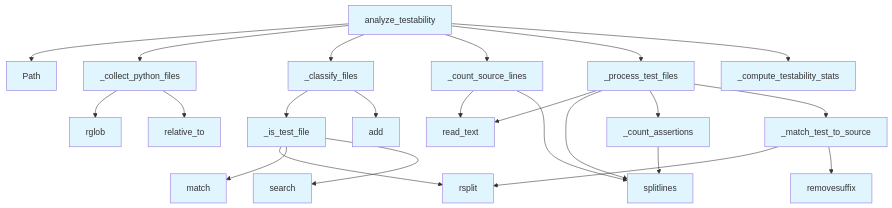
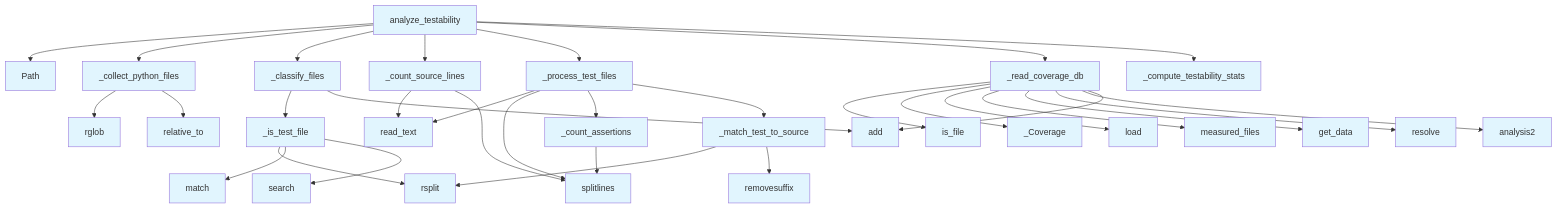
The diagram in .deepwiki/files/src/local_deepwiki/generators/analysis/testability.md (UrbanDiver/local-deepwiki-mcp), drawn with Mermaid before and after one commit. The commit also changed other lines of this file and 225 other files, not shown here.

````diff
--- a/.deepwiki/files/src/local_deepwiki/generators/analysis/testability.md
+++ b/.deepwiki/files/src/local_deepwiki/generators/analysis/testability.md
@@ -158,46 +194,63 @@
 ```mermaid
 flowchart TD
     N0[Path]
-    N1[_classify_files]
-    N2[_collect_python_files]
-    N3[_compute_testability_stats]
-    N4[_count_assertions]
-    N5[_count_source_lines]
-    N6[_is_test_file]
-    N7[_match_test_to_source]
-    N8[_process_test_files]
-    N9[add]
-    N10[analyze_testability]
-    N11[match]
-    N12[read_text]
-    N13[relative_to]
-    N14[removesuffix]
-    N15[rglob]
-    N16[rsplit]
-    N17[search]
-    N18[splitlines]
-    N6 --> N16
-    N6 --> N11
-    N6 --> N17
-    N7 --> N16
-    N7 --> N14
-    N4 --> N18
-    N2 --> N15
-    N2 --> N13
-    N1 --> N6
-    N1 --> N9
-    N5 --> N12
-    N5 --> N18
-    N8 --> N12
-    N8 --> N18
-    N8 --> N4
-    N8 --> N7
-    N10 --> N0
-    N10 --> N2
+    N1[_Coverage]
+    N2[_classify_files]
+    N3[_collect_python_files]
+    N4[_compute_testability_stats]
+    N5[_count_assertions]
+    N6[_count_source_lines]
+    N7[_is_test_file]
+    N8[_match_test_to_source]
+    N9[_process_test_files]
+    N10[_read_coverage_db]
+    N11[add]
+    N12[analysis2]
+    N13[analyze_testability]
+    N14[get_data]
+    N15[is_file]
+    N16[load]
+    N17[match]
+    N18[measured_files]
+    N19[read_text]
+    N20[relative_to]
+    N21[removesuffix]
+    N22[resolve]
+    N23[rglob]
+    N24[rsplit]
+    N25[search]
+    N26[splitlines]
+    N7 --> N24
+    N7 --> N17
+    N7 --> N25
+    N8 --> N24
+    N8 --> N21
+    N5 --> N26
+    N3 --> N23
+    N3 --> N20
+    N2 --> N7
+    N2 --> N11
+    N6 --> N19
+    N6 --> N26
+    N9 --> N19
+    N9 --> N26
+    N9 --> N5
+    N9 --> N8
+    N10 --> N15
     N10 --> N1
-    N10 --> N5
-    N10 --> N8
-    N10 --> N3
+    N10 --> N16
+    N10 --> N18
+    N10 --> N14
+    N10 --> N22
+    N10 --> N12
+    N10 --> N11
+    N13 --> N0
+    N13 --> N3
+    N13 --> N2
+    N13 --> N6
+    N13 --> N9
+    N13 --> N10
+    N13 --> N4
     classDef func fill:#e1f5fe
-    class N0,N1,N2,N3,N4,N5,N6,N7,N8,N9,N10,N11,N12,N13,N14,N15,N16,N17,N18 func
+    class N0,N1,N2,N3,N4,N5,N6,N7,N8,N9,N10,N11,N12,N13,N14,N15,N16,N17,N18,N19,N20,N21,N22,N23,N24,N25,N26 func
 ```
````
